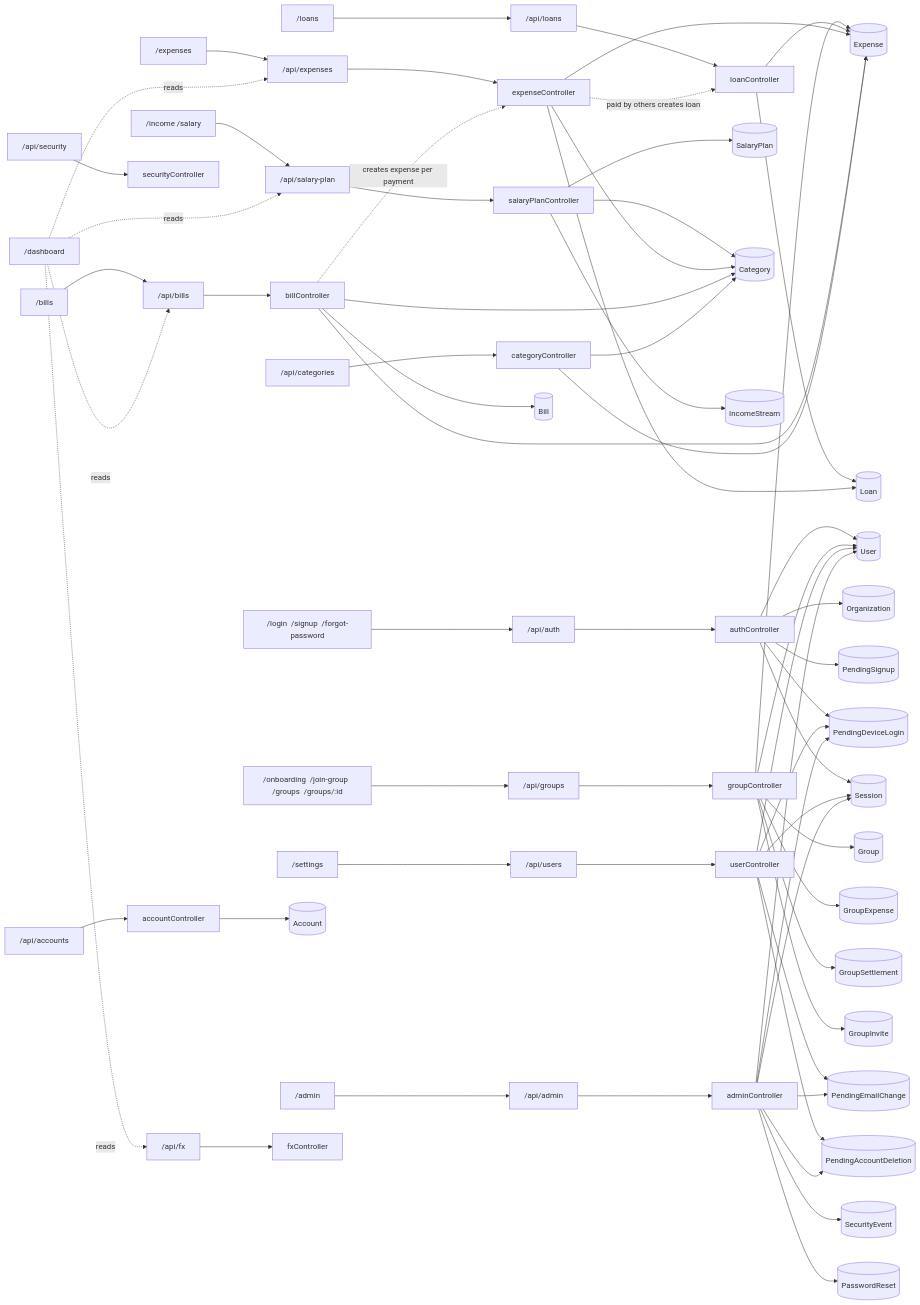
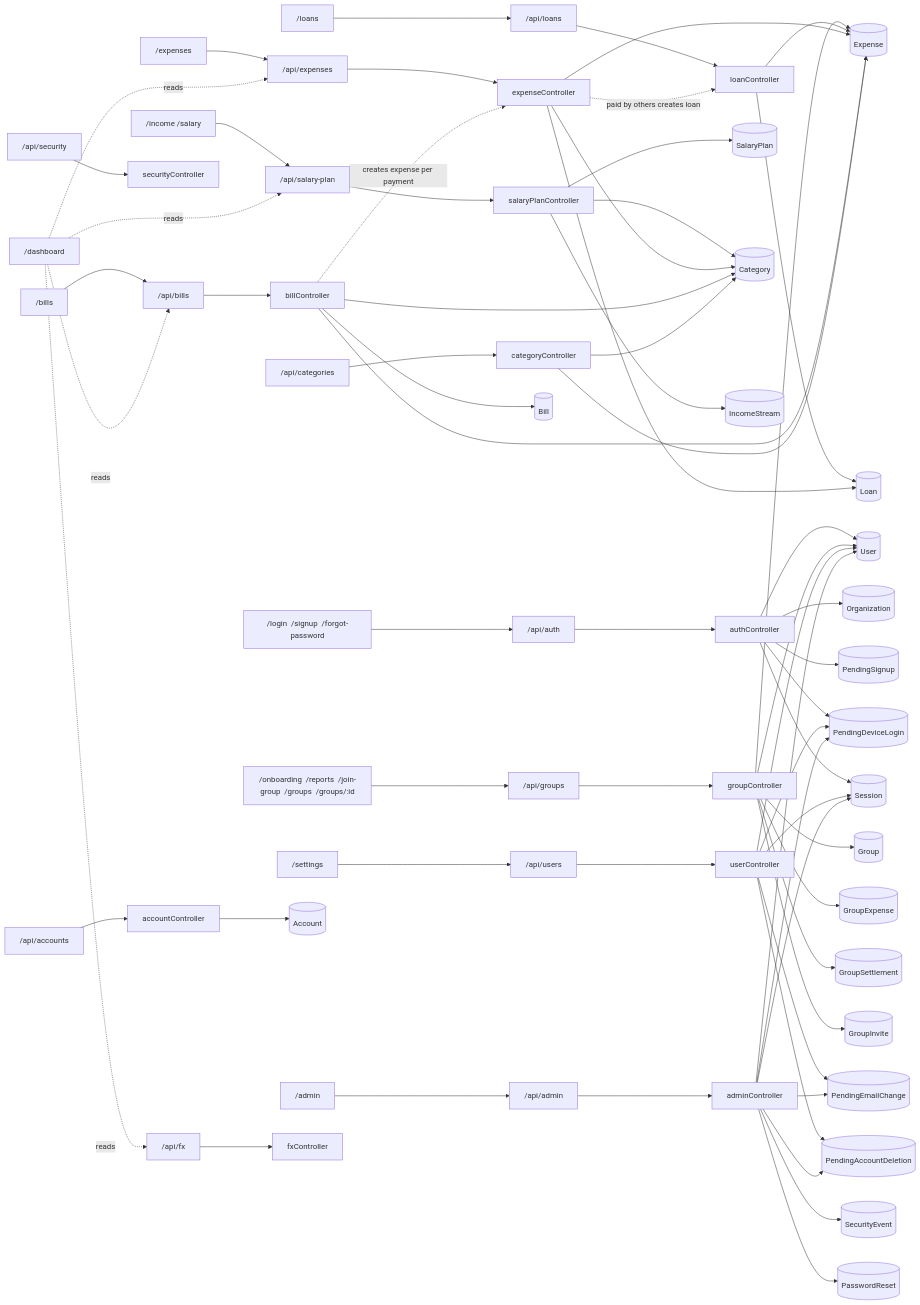
The second of 2 diagrams in docs/APP-MAP.md (MuhammadAliMinhas66X/VaultriX), drawn with Mermaid before and after one commit. The commit also changed other lines of this file and 3 other files, not shown here.

````diff
--- a/docs/APP-MAP.md
+++ b/docs/APP-MAP.md
@@ -21,71 +21,71 @@
 ```mermaid
 flowchart LR
   P_auth["/login  /signup  /forgot-password"] --> A_auth["/api/auth"]
   A_auth --> K_auth["authController"]
   K_auth --> M_User[("User")]
   K_auth --> M_Organization[("Organization")]
   K_auth --> M_PendingSignup[("PendingSignup")]
   K_auth --> M_PendingDeviceLogin[("PendingDeviceLogin")]
   K_auth --> M_Session[("Session")]
-  P_shared["/onboarding  /join-group  /groups  /groups/:id"] --> A_shared["/api/groups"]
+  P_shared["/onboarding  /reports  /join-group  /groups  /groups/:id"] --> A_shared["/api/groups"]
   A_shared --> K_shared["groupController"]
   K_shared --> M_Group[("Group")]
   K_shared --> M_GroupExpense[("GroupExpense")]
   K_shared --> M_GroupSettlement[("GroupSettlement")]
   K_shared --> M_GroupInvite[("GroupInvite")]
   K_shared --> M_User[("User")]
   K_shared --> M_Expense[("Expense")]
   P_dashboard["/dashboard"]
   P_income["/income  /salary"] --> A_income["/api/salary-plan"]
   A_income --> K_income["salaryPlanController"]
   K_income --> M_SalaryPlan[("SalaryPlan")]
   K_income --> M_Category[("Category")]
   K_income --> M_IncomeStream[("IncomeStream")]
   P_loans["/loans"] --> A_loans["/api/loans"]
   A_loans --> K_loans["loanController"]
   K_loans --> M_Loan[("Loan")]
   K_loans --> M_Expense[("Expense")]
   P_expenses["/expenses"] --> A_expenses["/api/expenses"]
   A_expenses --> K_expenses["expenseController"]
   K_expenses --> M_Expense[("Expense")]
   K_expenses --> M_Category[("Category")]
   K_expenses --> M_Loan[("Loan")]
   P_bills["/bills"] --> A_bills["/api/bills"]
   A_bills --> K_bills["billController"]
   K_bills --> M_Bill[("Bill")]
   K_bills --> M_Expense[("Expense")]
   K_bills --> M_Category[("Category")]
   P_settings["/settings"] --> A_settings["/api/users"]
   A_settings --> K_settings["userController"]
   K_settings --> M_User[("User")]
   K_settings --> M_Session[("Session")]
   K_settings --> M_PendingEmailChange[("PendingEmailChange")]
   K_settings --> M_PendingDeviceLogin[("PendingDeviceLogin")]
   K_settings --> M_PendingAccountDeletion[("PendingAccountDeletion")]
   P_admin["/admin"] --> A_admin["/api/admin"]
   A_admin --> K_admin["adminController"]
   K_admin --> M_User[("User")]
   K_admin --> M_Session[("Session")]
   K_admin --> M_SecurityEvent[("SecurityEvent")]
   K_admin --> M_PasswordReset[("PasswordReset")]
   K_admin --> M_PendingEmailChange[("PendingEmailChange")]
   K_admin --> M_PendingDeviceLogin[("PendingDeviceLogin")]
   K_admin --> M_PendingAccountDeletion[("PendingAccountDeletion")]
   A_security["/api/security"]
   A_security --> K_security["securityController"]
   A_accounts["/api/accounts"]
   A_accounts --> K_accounts["accountController"]
   K_accounts --> M_Account[("Account")]
   A_categories["/api/categories"]
   A_categories --> K_categories["categoryController"]
   K_categories --> M_Category[("Category")]
   K_categories --> M_Expense[("Expense")]
   A_rates["/api/fx"]
   A_rates --> K_rates["fxController"]
   P_dashboard -. reads .-> A_income
   P_dashboard -. reads .-> A_expenses
   P_dashboard -. reads .-> A_bills
   P_dashboard -. reads .-> A_rates
   K_bills -. creates expense per payment .-> K_expenses
   K_expenses -. paid by others creates loan .-> K_loans
 ```
````
